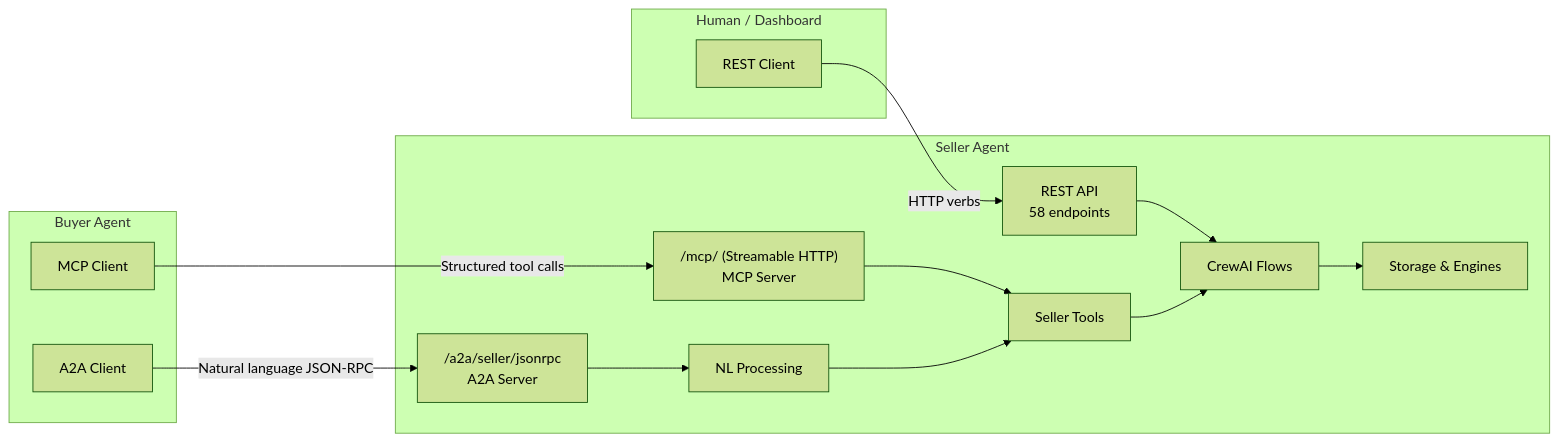
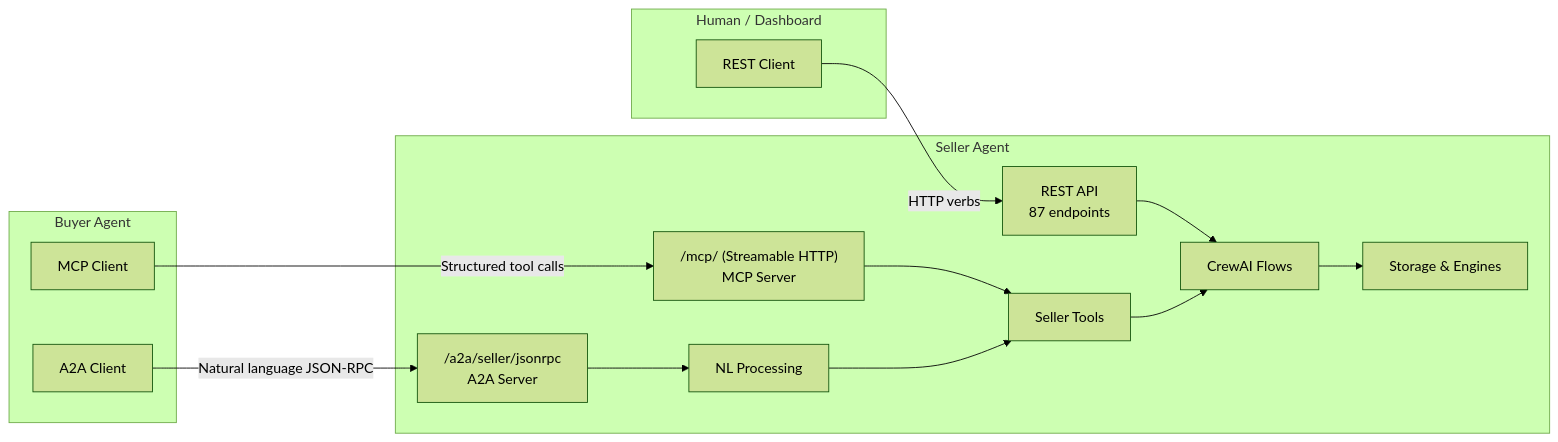
The first of 3 diagrams in docs/architecture/overview.md (IABTechLab/seller-agent), drawn with Mermaid (forest theme) before and after one commit. The commit also changed other lines of this file and 12 other files, not shown here.

````diff
--- a/docs/architecture/overview.md
+++ b/docs/architecture/overview.md
@@ -9,32 +9,32 @@
 ```mermaid
 graph LR
     subgraph "Buyer Agent"
         MCP_C[MCP Client]
         A2A_C[A2A Client]
     end
 
     subgraph "Human / Dashboard"
         REST_C[REST Client]
     end
 
     subgraph "Seller Agent"
         MCP_S["/mcp/ (Streamable HTTP)<br/>MCP Server"]
         A2A_S["/a2a/seller/jsonrpc<br/>A2A Server"]
-        REST_S["REST API<br/>58 endpoints"]
+        REST_S["REST API<br/>87 endpoints"]
         NLP[NL Processing]
         TOOLS[Seller Tools]
         FLOWS[CrewAI Flows]
         INFRA[Storage & Engines]
     end
 
     MCP_C -->|Structured tool calls| MCP_S
     A2A_C -->|Natural language JSON-RPC| A2A_S
     REST_C -->|HTTP verbs| REST_S
 
     MCP_S --> TOOLS
     A2A_S --> NLP --> TOOLS
     REST_S --> FLOWS
 
     TOOLS --> FLOWS
     FLOWS --> INFRA
 ```
````
